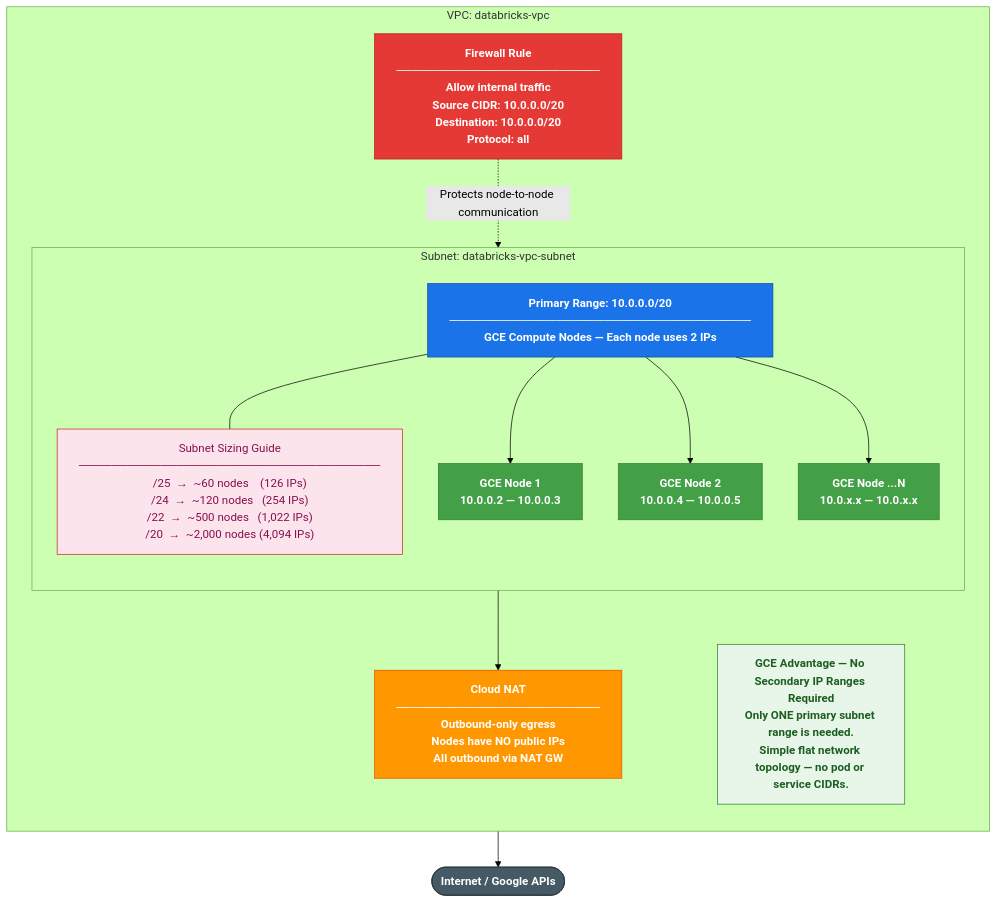
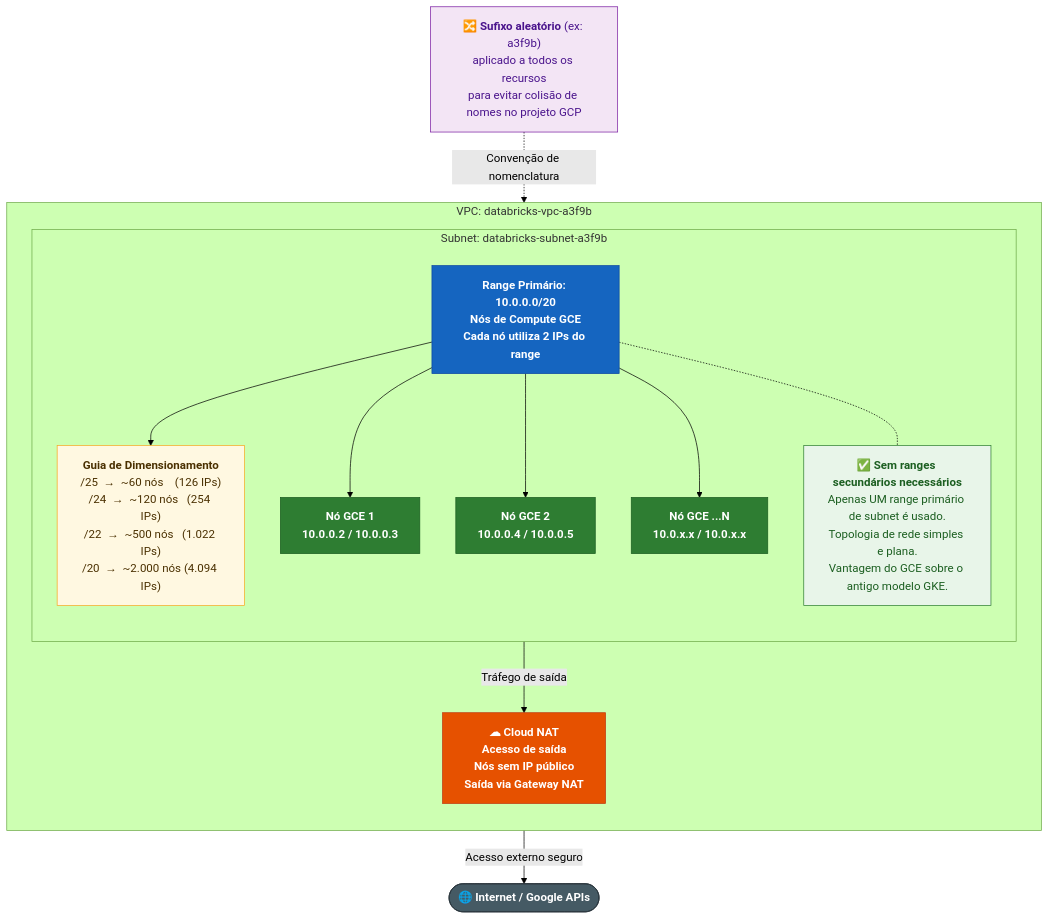
Before and after one commit to juliandrof/terraform-databricks-gcp-cmvpc: the diagram in images/network.mmd, drawn with Mermaid (forest theme). The commit also changed 14 other files, not shown here.

```diff
--- a/images/network.mmd
+++ b/images/network.mmd
@@ -1,59 +1,40 @@
 flowchart TB
-    classDef primaryRangeStyle fill:#1a73e8,stroke:#0d47a1,color:#ffffff,font-weight:bold
-    classDef sizingStyle fill:#fce4ec,stroke:#c62828,color:#880e4f,font-weight:normal
-    classDef nodeStyle fill:#43a047,stroke:#2e7d32,color:#ffffff,font-weight:bold
-    classDef natStyle fill:#ff9800,stroke:#e65100,color:#ffffff,font-weight:bold
-    classDef fwStyle fill:#e53935,stroke:#b71c1c,color:#ffffff,font-weight:bold
-    classDef advantageStyle fill:#e8f5e9,stroke:#2e7d32,color:#1b5e20,font-weight:bold
+    classDef rangeStyle fill:#1565c0,stroke:#0d47a1,color:#ffffff,font-weight:bold
+    classDef sizingStyle fill:#fff8e1,stroke:#f9a825,color:#4a3000
+    classDef nodeStyle fill:#2e7d32,stroke:#1b5e20,color:#ffffff,font-weight:bold
+    classDef natStyle fill:#e65100,stroke:#bf360c,color:#ffffff,font-weight:bold
+    classDef advantageStyle fill:#e8f5e9,stroke:#2e7d32,color:#1b5e20
+    classDef suffixStyle fill:#f3e5f5,stroke:#7b1fa2,color:#4a148c
     classDef internetStyle fill:#455a64,stroke:#263238,color:#ffffff,font-weight:bold
+    classDef headerStyle fill:#0d47a1,stroke:#01579b,color:#ffffff,font-weight:bold
 
-    INTERNET(["Internet / Google APIs"]):::internetStyle
+    SUFFIX["🔀 <b>Sufixo aleatório</b> (ex: a3f9b)<br/>aplicado a todos os recursos<br/>para evitar colisão de nomes no projeto GCP"]:::suffixStyle
 
-    subgraph VPC["  VPC: databricks-vpc  "]
+    subgraph VPC["VPC: databricks-vpc-a3f9b"]
         direction TB
 
-        FW["Firewall Rule
-─────────────────────────
-Allow internal traffic
-Source CIDR: 10.0.0.0/20
-Destination: 10.0.0.0/20
-Protocol: all"]:::fwStyle
-
-        subgraph SUBNET["  Subnet: databricks-vpc-subnet  "]
+        subgraph SUBNET["Subnet: databricks-subnet-a3f9b"]
             direction TB
 
-            PRIMARY["Primary Range: 10.0.0.0/20
-─────────────────────────────────────
-GCE Compute Nodes — Each node uses 2 IPs"]:::primaryRangeStyle
+            RANGE["<b>Range Primário: 10.0.0.0/20</b><br/>Nós de Compute GCE<br/>Cada nó utiliza 2 IPs do range"]:::rangeStyle
 
-            SIZING["Subnet Sizing Guide
-─────────────────────────────────────
-/25  →  ~60 nodes    (126 IPs)
-/24  →  ~120 nodes   (254 IPs)
-/22  →  ~500 nodes   (1,022 IPs)
-/20  →  ~2,000 nodes (4,094 IPs)"]:::sizingStyle
+            SIZING["<b>Guia de Dimensionamento</b><br/>/25  →  ~60 nós &nbsp;&nbsp;&nbsp;(126 IPs)<br/>/24  →  ~120 nós &nbsp;&nbsp;(254 IPs)<br/>/22  →  ~500 nós &nbsp;&nbsp;(1.022 IPs)<br/>/20  →  ~2.000 nós (4.094 IPs)"]:::sizingStyle
 
-            NODE1["GCE Node 1
-10.0.0.2 — 10.0.0.3"]:::nodeStyle
-            NODE2["GCE Node 2
-10.0.0.4 — 10.0.0.5"]:::nodeStyle
-            NODE3["GCE Node ...N
-10.0.x.x — 10.0.x.x"]:::nodeStyle
+            NODE1["<b>Nó GCE 1</b><br/>10.0.0.2 / 10.0.0.3"]:::nodeStyle
+            NODE2["<b>Nó GCE 2</b><br/>10.0.0.4 / 10.0.0.5"]:::nodeStyle
+            NODE3["<b>Nó GCE ...N</b><br/>10.0.x.x / 10.0.x.x"]:::nodeStyle
+
+            ADVANTAGE["✅ <b>Sem ranges secundários necessários</b><br/>Apenas UM range primário de subnet é usado.<br/>Topologia de rede simples e plana.<br/>Vantagem do GCE sobre o antigo modelo GKE."]:::advantageStyle
         end
 
-        NAT["Cloud NAT
-─────────────────────────
-Outbound-only egress
-Nodes have NO public IPs
-All outbound via NAT GW"]:::natStyle
-
-        ADVANTAGE["GCE Advantage — No Secondary IP Ranges Required
-Only ONE primary subnet range is needed.
-Simple flat network topology — no pod or service CIDRs."]:::advantageStyle
+        NAT["<b>☁ Cloud NAT</b><br/>Acesso de saída<br/>Nós sem IP público<br/>Saída via Gateway NAT"]:::natStyle
     end
 
-    PRIMARY --- SIZING
-    PRIMARY --> NODE1 & NODE2 & NODE3
-    FW -. "Protects node-to-node communication" .-> SUBNET
-    SUBNET --> NAT
-    NAT --> INTERNET
+    INTERNET(["🌐 Internet / Google APIs"]):::internetStyle
+
+    SUFFIX -.->|"Convenção de nomenclatura"| VPC
+    RANGE --> SIZING
+    RANGE --> NODE1 & NODE2 & NODE3
+    RANGE -.- ADVANTAGE
+    SUBNET -->|"Tráfego de saída"| NAT
+    NAT -->|"Acesso externo seguro"| INTERNET
```
